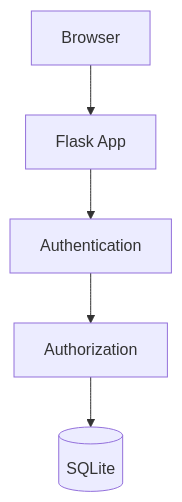
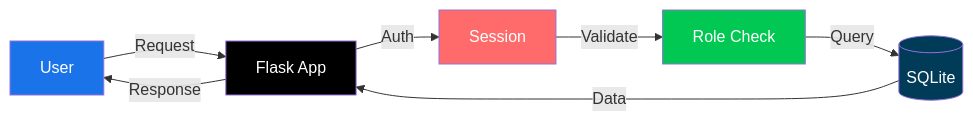
The diagram in README.md (Barath-RK/Secure-Record-Access-for-an-Institutional-Portal), drawn with Mermaid before and after one commit. The commit also changed other lines of this file, not shown here.

````diff
--- a/README.md
+++ b/README.md
@@ -37,7 +175,15 @@
 ```mermaid
-flowchart TD
-A[Browser] --> B[Flask App]
-B --> C[Authentication]
-C --> D[Authorization]
-D --> E[(SQLite)]
+graph LR
+    A[User] -->|Request| B[Flask App]
+    B -->|Auth| C[Session]
+    C -->|Validate| D[Role Check]
+    D -->|Query| E[(SQLite)]
+    E -->|Data| B
+    B -->|Response| A
+    
+    style A fill:#1A73E8,color:#fff
+    style B fill:#000,color:#fff
+    style C fill:#FF6B6B,color:#fff
+    style D fill:#00C853,color:#fff
+    style E fill:#003B57,color:#fff
 ```
````
